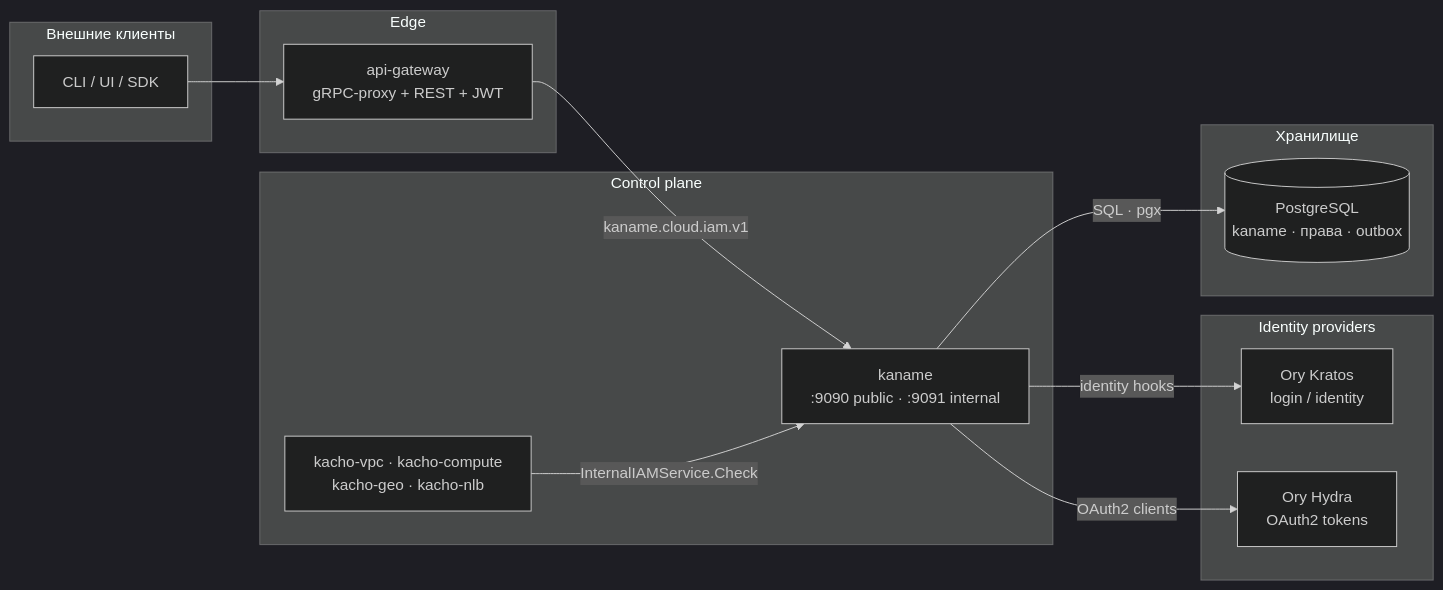
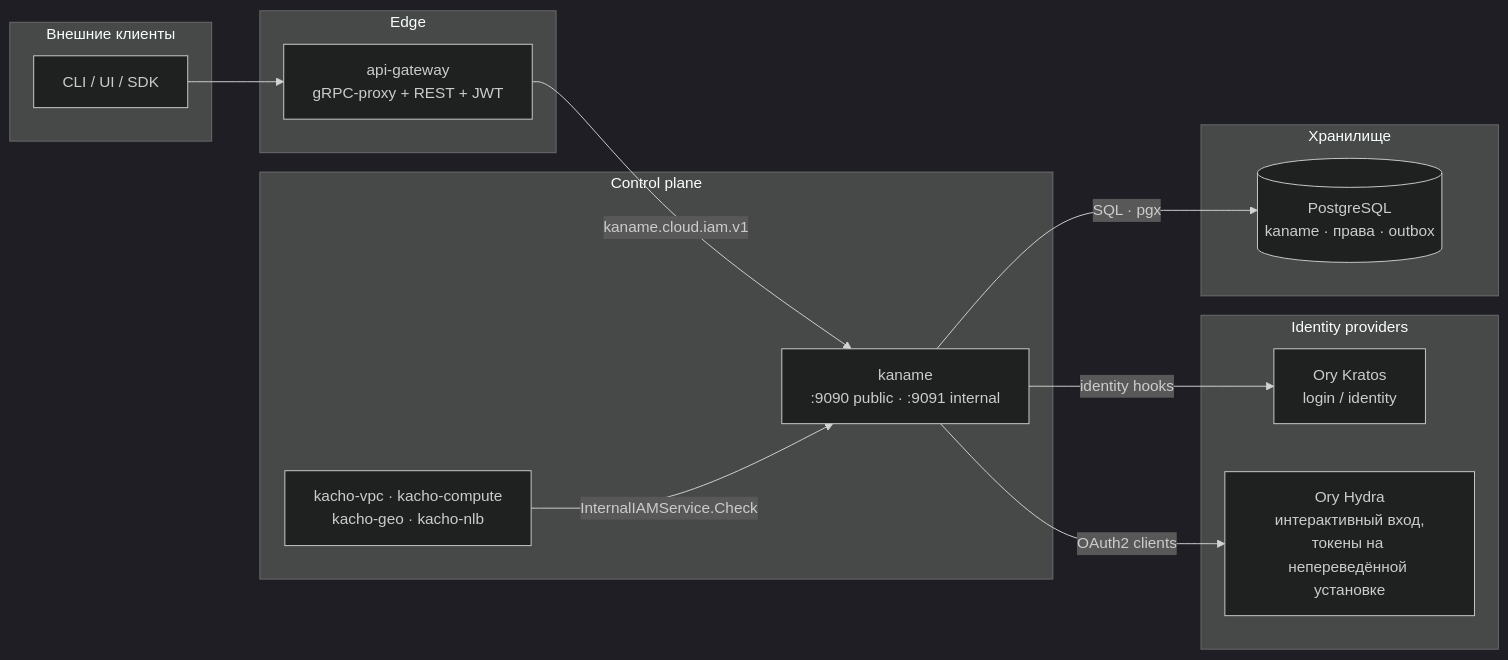
One commit to PRO-Robotech/kacho changed the second of 2 diagrams in services/iam/docs/content/intro.mdx. Above: the diagram before and after it, drawn with Mermaid (dark theme). The commit also changed other lines of this file and 140 other files, not shown here.

````diff
--- a/services/iam/docs/content/intro.mdx
+++ b/services/iam/docs/content/intro.mdx
@@ -127,27 +130,27 @@
 ```mermaid
 flowchart LR
   subgraph ext["Внешние клиенты"]
     cli["CLI / UI / SDK"]
   end
   subgraph edge["Edge"]
     agw["api-gateway<br/>gRPC-proxy + REST + JWT"]
   end
   subgraph cp["Control plane"]
     iam["kaname<br/>:9090 public · :9091 internal"]
     peers["kacho-vpc · kacho-compute<br/>kacho-geo · kacho-nlb"]
   end
   subgraph idp["Identity providers"]
     kratos["Ory Kratos<br/>login / identity"]
-    hydra["Ory Hydra<br/>OAuth2 tokens"]
+    hydra["Ory Hydra<br/>интерактивный вход,<br/>токены на непереведённой установке"]
   end
   subgraph store["Хранилище"]
     pg[("PostgreSQL<br/>kaname · права · outbox")]
   end
 
   cli --> agw
   agw -->|"kaname.cloud.iam.v1"| iam
   iam -->|"SQL · pgx"| pg
   iam -->|"identity hooks"| kratos
   iam -->|"OAuth2 clients"| hydra
   peers -->|"InternalIAMService.Check"| iam
 ```
````
